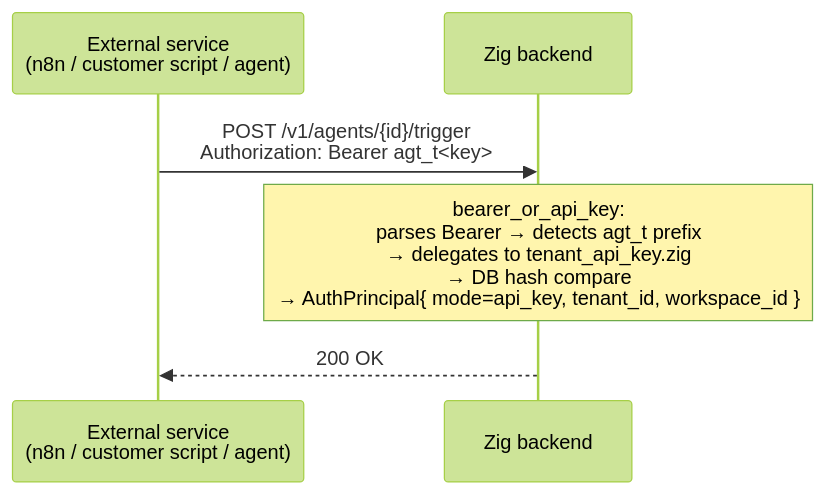
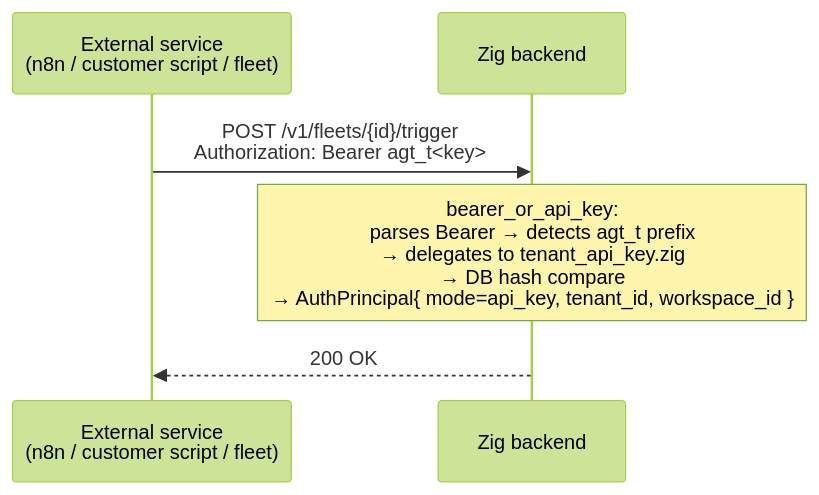
One commit to agentsfleet/agentsfleet changed the fifth of 9 diagrams in docs/AUTH.md. Above: the diagram before and after it, drawn with Mermaid (forest theme). The commit also changed other lines of this file and 787 other files, not shown here.

First line of the commit message:
chore(m94): WIP snapshot — fleet-bundle scaffolding + architecture docs reconciled

````diff
--- a/docs/AUTH.md
+++ b/docs/AUTH.md
@@ -251,9 +251,9 @@
 ```mermaid
 sequenceDiagram
-    participant Service as External service<br/>(n8n / customer script / agent)
+    participant Service as External service<br/>(n8n / customer script / fleet)
     participant API as Zig backend
 
-    Service->>API: POST /v1/agents/{id}/trigger<br/>Authorization: Bearer agt_t<key>
+    Service->>API: POST /v1/fleets/{id}/trigger<br/>Authorization: Bearer agt_t<key>
     Note over API: bearer_or_api_key:<br/>parses Bearer → detects agt_t prefix<br/>→ delegates to tenant_api_key.zig<br/>→ DB hash compare<br/>→ AuthPrincipal{ mode=api_key, tenant_id, workspace_id }
     API-->>Service: 200 OK
 ```
````
